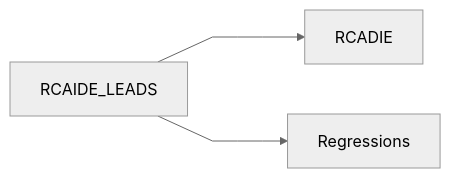
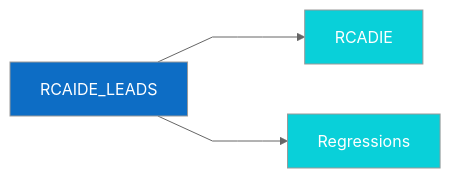
One commit to ssankalp26/RCAIDE_Deployment changed the diagram in readme.md. Above: the diagram before and after it, drawn with Mermaid (neutral theme).

Commit message:
colored readme

````diff
--- a/readme.md
+++ b/readme.md
@@ -1,10 +1,14 @@
 ```mermaid
 %%{init: {'flowchart': {'curve': 'linear', 'nodeSpacing': 50, 'rankSpacing': 50}}}%%
 flowchart LR
     RCAIDE_LEADS[RCAIDE_LEADS]
     RCADIE[RCADIE]
     Regressions[Regressions]
     
     RCAIDE_LEADS ---> RCADIE
     RCAIDE_LEADS ---> Regressions
+
+    style RCAIDE_LEADS fill:#0d6dc5,color:#fff
+    style RCADIE fill:#09d0d9,color:#fff
+    style Regressions fill:#09d0d9,color:#fff
 ```
````
